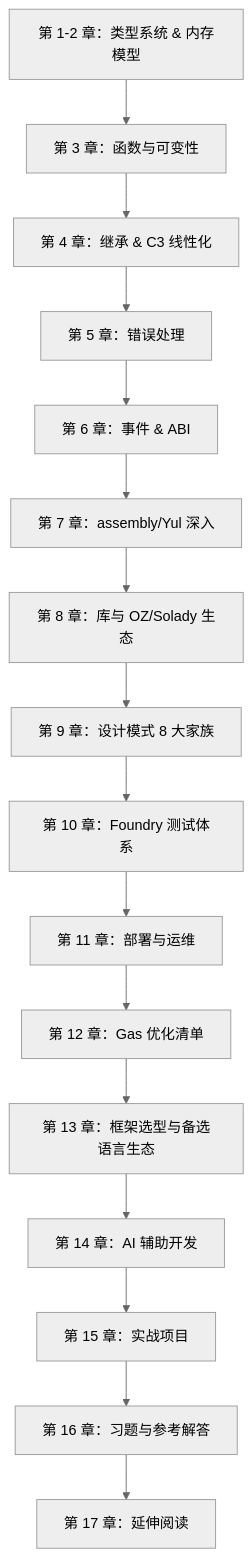
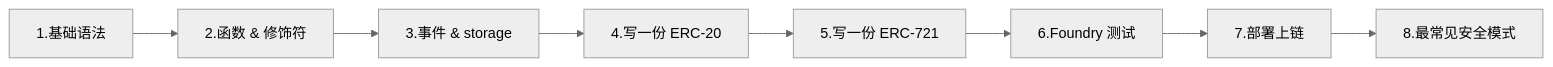
The first of 2 diagrams in web3-engineer-guide/04-Solidity开发/README.md (ChuwuYo/misc-files), drawn with Mermaid (neutral theme) before and after one commit. The commit also changed other lines of this file and 211 other files, not shown here.

````diff
--- a/web3-engineer-guide/04-Solidity开发/README.md
+++ b/web3-engineer-guide/04-Solidity开发/README.md
@@ -15,18 +11,10 @@
 ```mermaid
-flowchart TD
-    A[第 1-2 章：类型系统 & 内存模型] --> B[第 3 章：函数与可变性]
-    B --> C[第 4 章：继承 & C3 线性化]
-    C --> D[第 5 章：错误处理]
-    D --> E[第 6 章：事件 & ABI]
-    E --> F[第 7 章：assembly/Yul 深入]
-    F --> G[第 8 章：库与 OZ/Solady 生态]
-    G --> H[第 9 章：设计模式 8 大家族]
-    H --> I[第 10 章：Foundry 测试体系]
-    I --> J[第 11 章：部署与运维]
-    J --> K[第 12 章：Gas 优化清单]
-    K --> L[第 13 章：框架选型与备选语言生态]
-    L --> M[第 14 章：AI 辅助开发]
-    M --> N[第 15 章：实战项目]
-    N --> O[第 16 章：习题与参考解答]
-    O --> P[第 17 章：延伸阅读]
+flowchart LR
+    A[1.基础语法] --> B[2.函数 & 修饰符]
+    B --> C[3.事件 & storage]
+    C --> D[4.写一份 ERC-20]
+    D --> E[5.写一份 ERC-721]
+    E --> F[6.Foundry 测试]
+    F --> G[7.部署上链]
+    G --> H[8.最常见安全模式]
 ```
````
